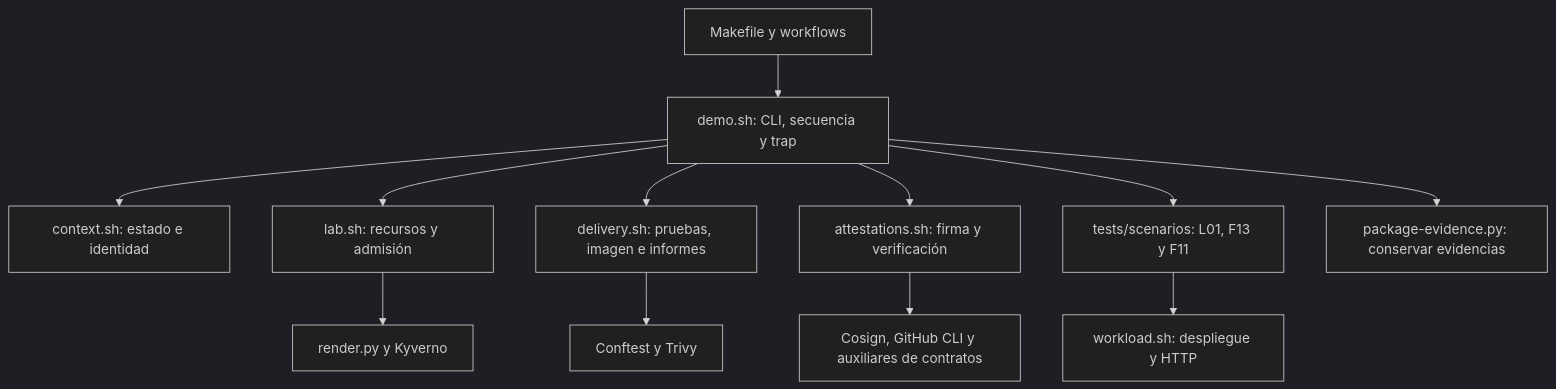
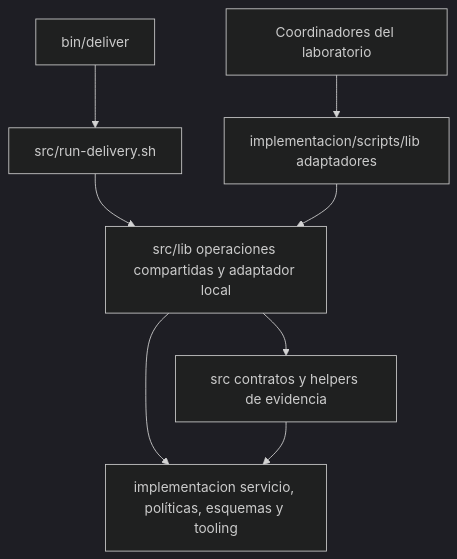
Before and after one commit to tfm-goldenpath/golden-path-lab: the second of 2 diagrams in implementacion/docs/ES/architecture.md, drawn with Mermaid (dark theme). The commit also changed other lines of this file and 20 other files, not shown here.

````diff
--- a/implementacion/docs/ES/architecture.md
+++ b/implementacion/docs/ES/architecture.md
@@ -120,14 +103,10 @@
 ```mermaid
-flowchart TB
-    E[Makefile y workflows] --> O[demo.sh: CLI, secuencia y trap]
-    O --> C[context.sh: estado e identidad]
-    O --> L[lab.sh: recursos y admisión]
-    O --> D[delivery.sh: pruebas, imagen e informes]
-    O --> A[attestations.sh: firma y verificación]
-    O --> T[tests/scenarios: L01, F13 y F11]
-    T --> W[workload.sh: despliegue y HTTP]
-    D --> P[Conftest y Trivy]
-    A --> V[Cosign, GitHub CLI y auxiliares de contratos]
-    L --> K[render.py y Kyverno]
-    O --> R[package-evidence.py: conservar evidencias]
+flowchart TD
+    E[bin/deliver] --> C[src/run-delivery.sh]
+    C --> S[src/lib operaciones compartidas y adaptador local]
+    L[Coordinadores del laboratorio] --> A[implementacion/scripts/lib adaptadores]
+    A --> S
+    S --> H[src contratos y helpers de evidencia]
+    S --> I[implementacion servicio, políticas, esquemas y tooling]
+    H --> I
 ```
````
